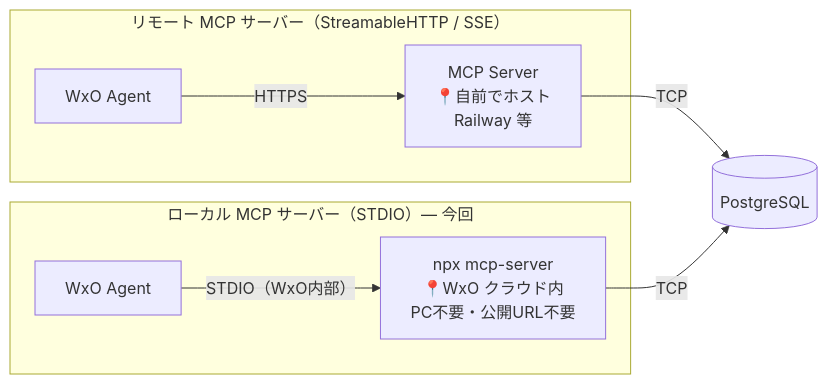
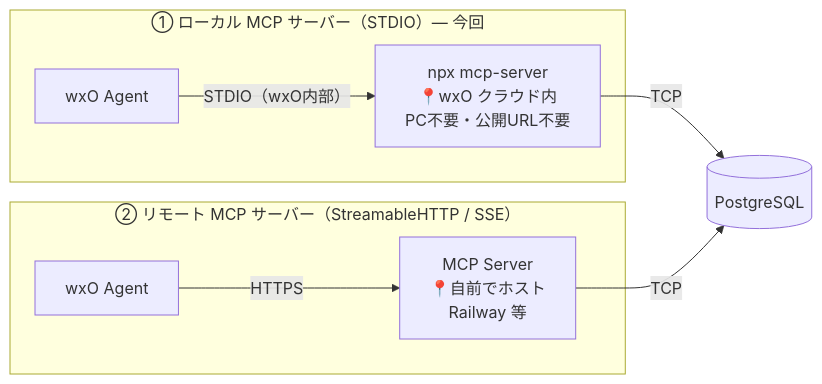
Before and after one commit to matsuo-iguazu/wxo-mcp-lab: the diagram in 01_postgres-mcp/blog.md, drawn with Mermaid. The commit also changed other lines of this file and 2 other files, not shown here.

````diff
--- a/01_postgres-mcp/blog.md
+++ b/01_postgres-mcp/blog.md
@@ -25,11 +25,11 @@
 ```mermaid
 flowchart LR
-  subgraph p2["リモート MCP サーバー（StreamableHTTP / SSE）"]
-    C["WxO Agent"] -->|HTTPS| D["MCP Server\n📍自前でホスト\nRailway 等"]
+  subgraph p1["① ローカル MCP サーバー（STDIO）— 今回"]
+    A["wxO Agent"] -->|"STDIO（wxO内部）"| B["npx mcp-server\n📍wxO クラウド内\nPC不要・公開URL不要"]
   end
-  subgraph p3["ローカル MCP サーバー（STDIO）— 今回"]
-    E["WxO Agent"] -->|"STDIO（WxO内部）"| F["npx mcp-server\n📍WxO クラウド内\nPC不要・公開URL不要"]
+  subgraph p2["② リモート MCP サーバー（StreamableHTTP / SSE）"]
+    C["wxO Agent"] -->|HTTPS| D["MCP Server\n📍自前でホスト\nRailway 等"]
   end
-  D -->|TCP| PG[("PostgreSQL")]
-  F -->|TCP| PG
+  B -->|TCP| PG[("PostgreSQL")]
+  D -->|TCP| PG
 ```
````
